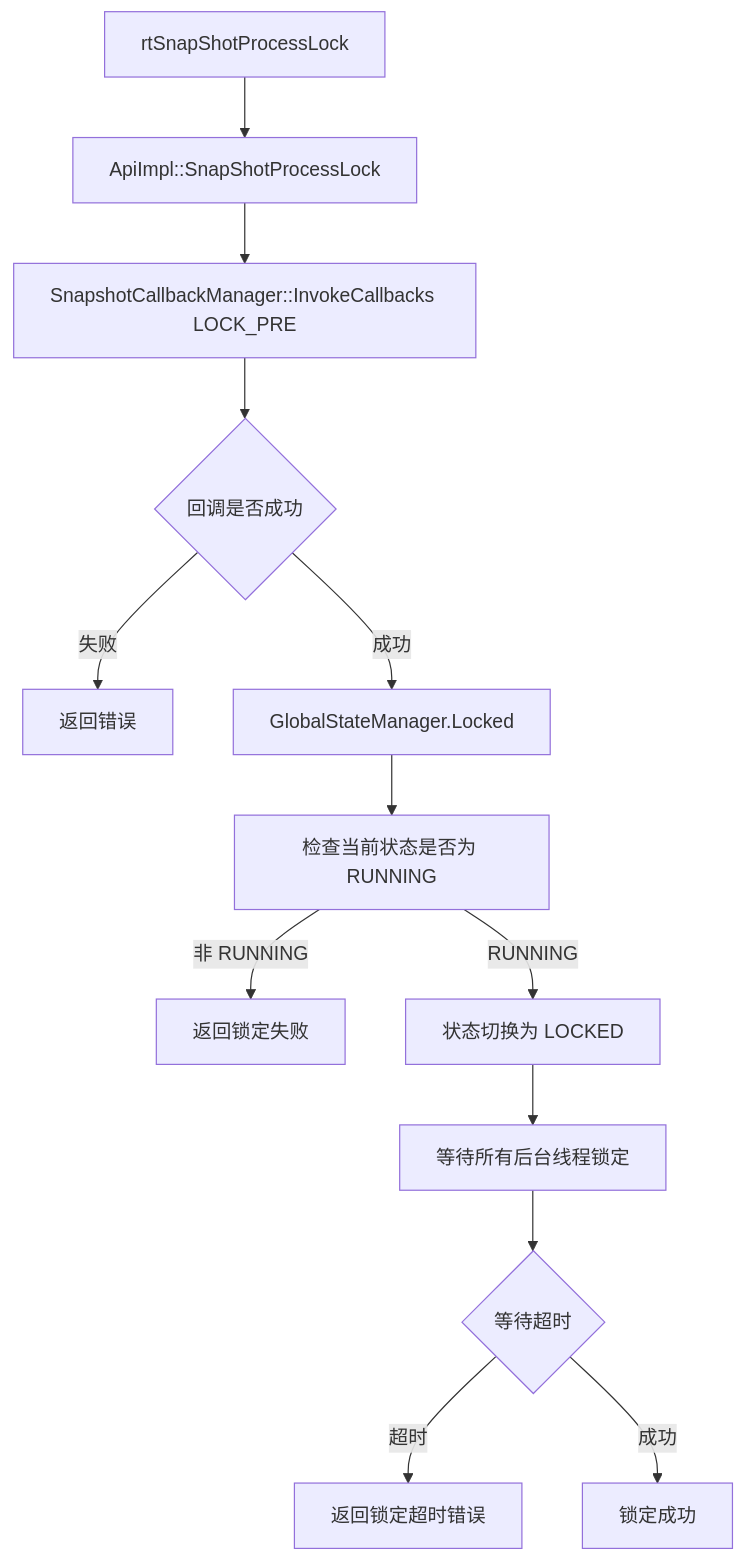
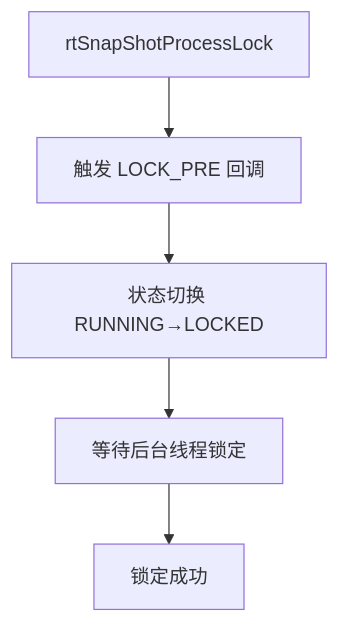
One commit to 18liumin/runtime changed the third of 10 diagrams in docs/design/features/snapshot.md. Above: the diagram before and after it, drawn with Mermaid. The commit also changed other lines of this file, not shown here.

````diff
--- a/docs/design/features/snapshot.md
+++ b/docs/design/features/snapshot.md
@@ -197,15 +186,7 @@
 ```mermaid
 flowchart TD
-A[rtSnapShotProcessLock] --> B[ApiImpl::SnapShotProcessLock]
-B --> C[SnapshotCallbackManager::InvokeCallbacks LOCK_PRE]
-C --> D{回调是否成功}
-D -->|失败| E[返回错误]
-D -->|成功| F[GlobalStateManager.Locked]
-F --> G[检查当前状态是否为 RUNNING]
-G -->|非 RUNNING| H[返回锁定失败]
-G -->|RUNNING| I[状态切换为 LOCKED]
-I --> J[等待所有后台线程锁定]
-J --> K{等待超时}
-K -->|超时| L[返回锁定超时错误]
-K -->|成功| M[锁定成功]
+    A[rtSnapShotProcessLock] --> B[触发 LOCK_PRE 回调]
+    B --> C[状态切换 RUNNING→LOCKED]
+    C --> D[等待后台线程锁定]
+    D --> E[锁定成功]
 ```
````
